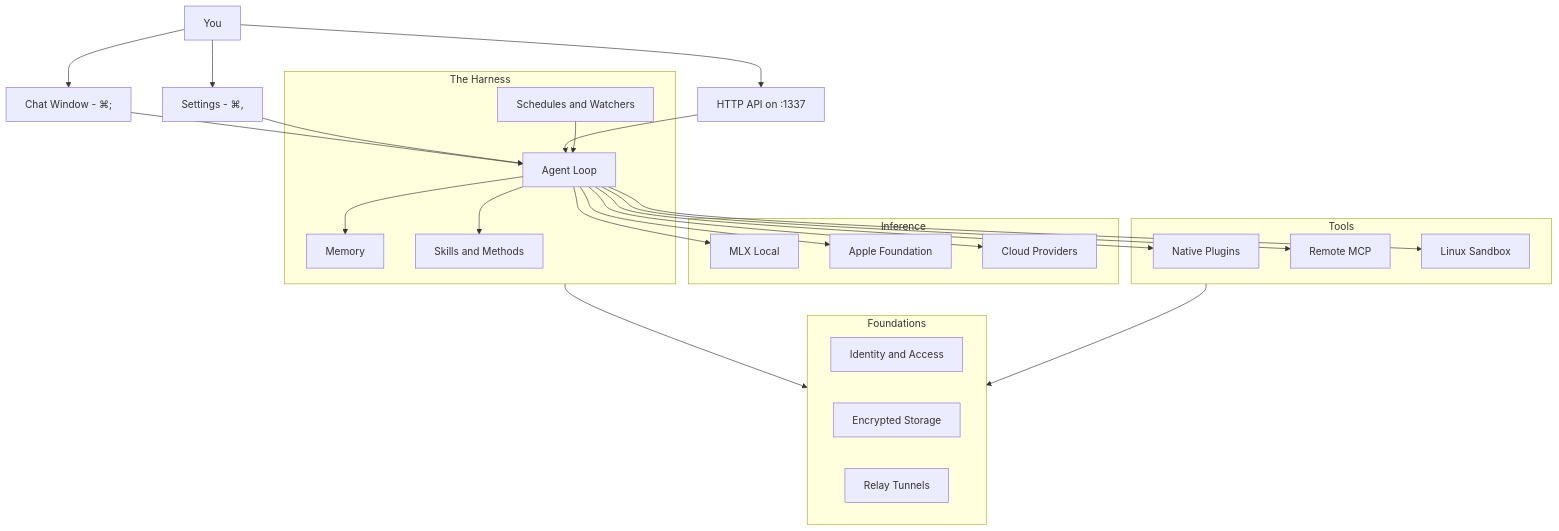
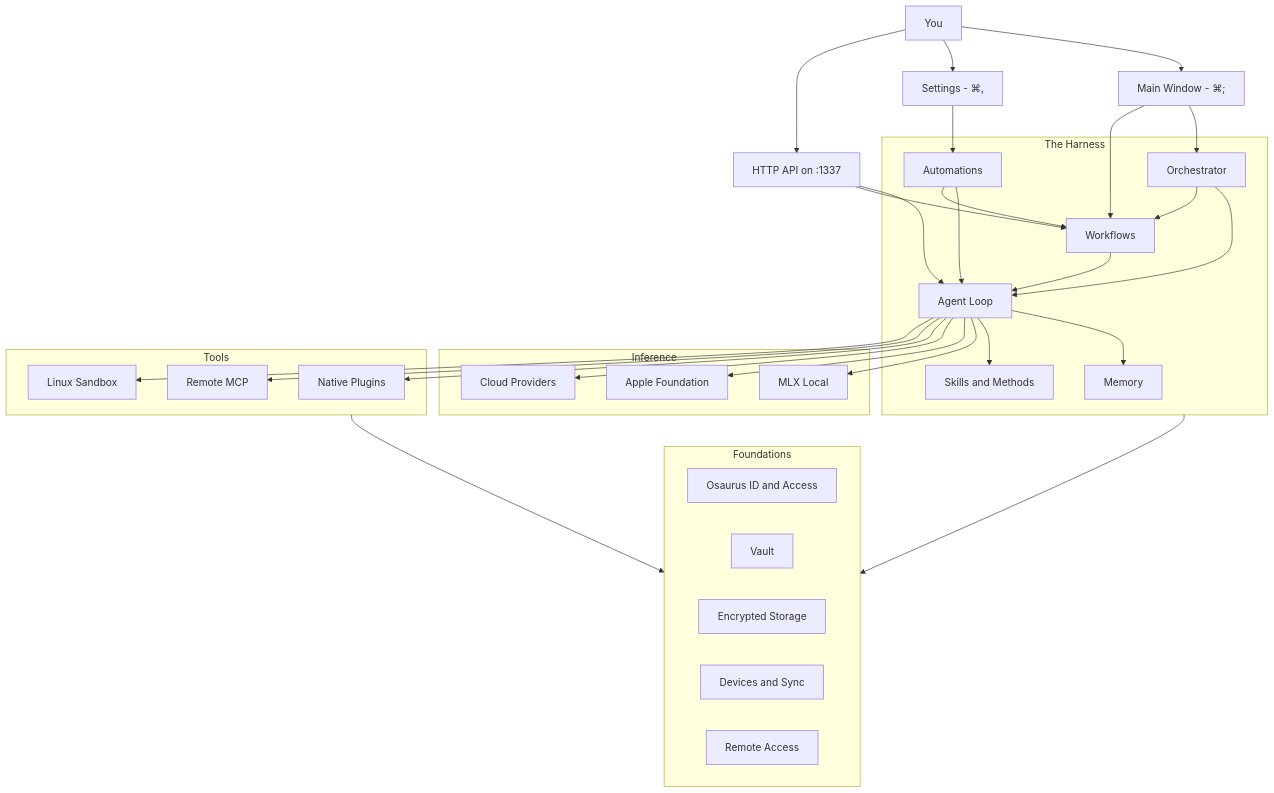
The diagram in docs/architecture.md (osaurus-ai/osaurus-docs), drawn with Mermaid before and after one commit. The commit also changed other lines of this file and 84 other files, not shown here.

First line of the commit message:
Mac docs: Osaurus 1.0 refresh with Workflows

````diff
--- a/docs/architecture.md
+++ b/docs/architecture.md
@@ -23,55 +25,65 @@
 ```mermaid
 flowchart TB
     User[You]
-    Chat[Chat Window - ⌘;]
+    Main[Main Window - ⌘;]
     Mgmt[Settings - ⌘,]
     HTTP[HTTP API on :1337]
 
-    User --> Chat
+    User --> Main
     User --> Mgmt
     User --> HTTP
 
     subgraph harness [The Harness]
+        Orch[Orchestrator]
         Loop[Agent Loop]
+        Flows[Workflows]
+        Auto[Automations]
         Mem[Memory]
         Skills[Skills and Methods]
-        Auto[Schedules and Watchers]
     end
 
-    Chat --> Loop
-    Mgmt --> Loop
+    Main --> Orch
+    Main --> Flows
+    Mgmt --> Auto
     HTTP --> Loop
+    HTTP --> Flows
 
+    Orch --> Loop
+    Orch --> Flows
+    Auto --> Loop
+    Auto --> Flows
+    Flows --> Loop
     Loop --> Mem
     Loop --> Skills
-    Auto --> Loop
 
     subgraph providers [Inference]
         MLX[MLX Local]
         Foundation[Apple Foundation]
         Cloud[Cloud Providers]
     end
 
     Loop --> MLX
     Loop --> Foundation
     Loop --> Cloud
 
     subgraph plugins [Tools]
         Native[Native Plugins]
         MCP[Remote MCP]
         Sandbox[Linux Sandbox]
     end
 
     Loop --> Native
     Loop --> MCP
     Loop --> Sandbox
 
     subgraph foundationLayer [Foundations]
-        Identity[Identity and Access]
+        Identity[Osaurus ID and Access]
+        Vault[Vault]
         Storage[Encrypted Storage]
-        Relay[Relay Tunnels]
+        Sync[Devices and Sync]
+        Relay[Remote Access]
     end
 
     harness --> foundationLayer
     plugins --> foundationLayer
 ```
````
